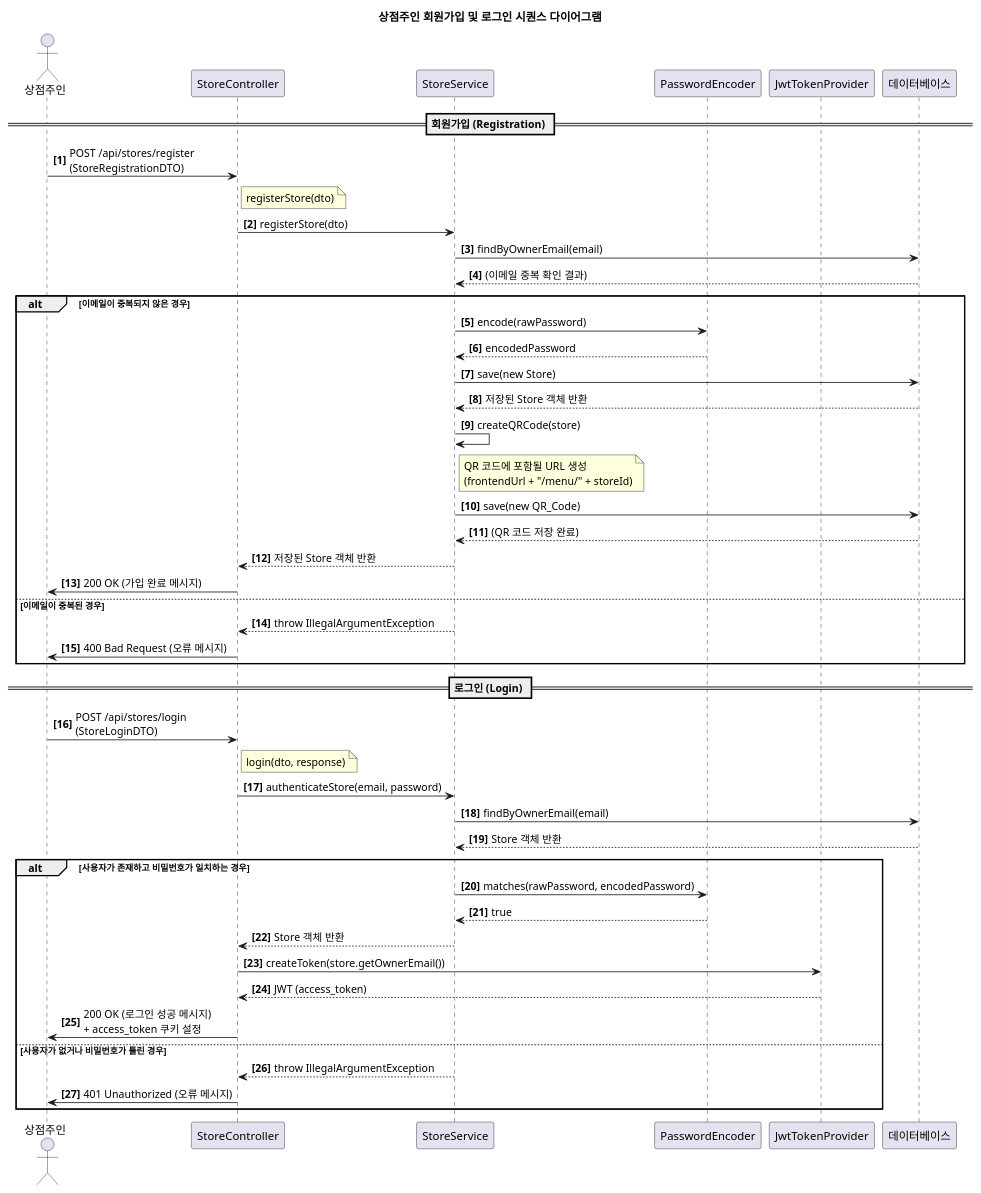
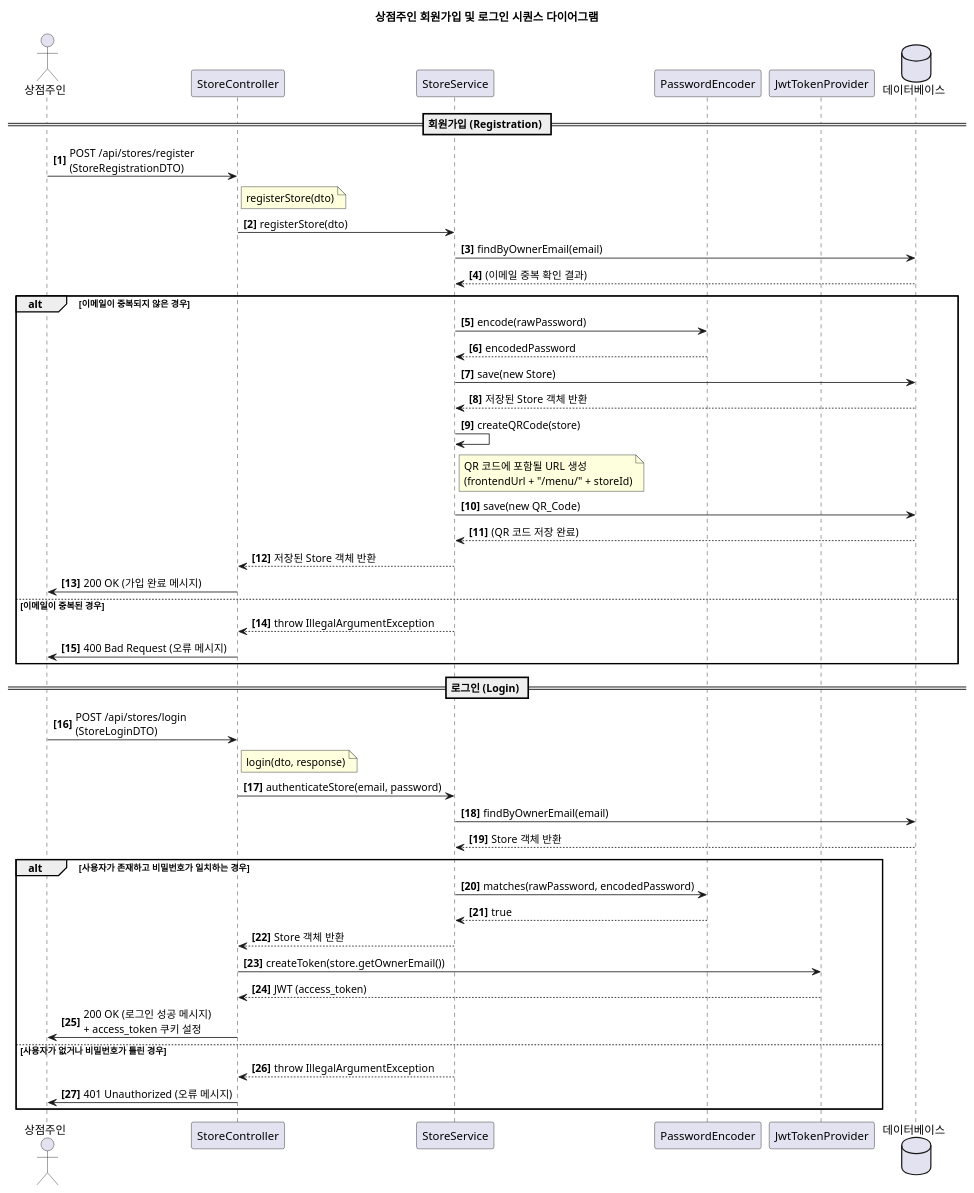
The diagram in sequence/store/store_login.puml (kod0406/Syu2_Back), drawn with PlantUML before and after one commit. The commit also changed 24 other files, not shown here.

```diff
--- a/sequence/store/store_login.puml
+++ b/sequence/store/store_login.puml
@@ -1,66 +1,66 @@
 @startuml
 'https://plantuml.com/sequence-diagram
 
 title 상점주인 회원가입 및 로그인 시퀀스 다이어그램
 
 autonumber "<b>[0]"
 
 actor 상점주인
 
 participant "StoreController" as Controller
 participant "StoreService" as Service
 participant "PasswordEncoder" as Encoder
 participant "JwtTokenProvider" as JwtProvider
-participant "데이터베이스" as DB
+database "데이터베이스" as DB
 
 == 회원가입 (Registration) ==
 
 상점주인 -> Controller: POST /api/stores/register\n(StoreRegistrationDTO)
 note right of Controller: registerStore(dto)
 
 Controller -> Service: registerStore(dto)
 Service -> DB: findByOwnerEmail(email)
 DB --> Service: (이메일 중복 확인 결과)
 
 alt 이메일이 중복되지 않은 경우
     Service -> Encoder: encode(rawPassword)
     Encoder --> Service: encodedPassword
     Service -> DB: save(new Store)
     DB --> Service: 저장된 Store 객체 반환
 
     Service -> Service: createQRCode(store)
     note right of Service: QR 코드에 포함될 URL 생성\n(frontendUrl + "/menu/" + storeId)
     Service -> DB: save(new QR_Code)
     DB --> Service: (QR 코드 저장 완료)
 
     Service --> Controller: 저장된 Store 객체 반환
     Controller -> 상점주인: 200 OK (가입 완료 메시지)
 else 이메일이 중복된 경우
     Service --> Controller: throw IllegalArgumentException
     Controller -> 상점주인: 400 Bad Request (오류 메시지)
 end
 
 == 로그인 (Login) ==
 
 상점주인 -> Controller: POST /api/stores/login\n(StoreLoginDTO)
 note right of Controller: login(dto, response)
 
 Controller -> Service: authenticateStore(email, password)
 Service -> DB: findByOwnerEmail(email)
 DB --> Service: Store 객체 반환
 
 alt 사용자가 존재하고 비밀번호가 일치하는 경우
     Service -> Encoder: matches(rawPassword, encodedPassword)
     Encoder --> Service: true
     Service --> Controller: Store 객체 반환
 
     Controller -> JwtProvider: createToken(store.getOwnerEmail())
     JwtProvider --> Controller: JWT (access_token)
 
     Controller -> 상점주인: 200 OK (로그인 성공 메시지)\n+ access_token 쿠키 설정
 else 사용자가 없거나 비밀번호가 틀린 경우
     Service --> Controller: throw IllegalArgumentException
     Controller -> 상점주인: 401 Unauthorized (오류 메시지)
 end
 
 @enduml
```
